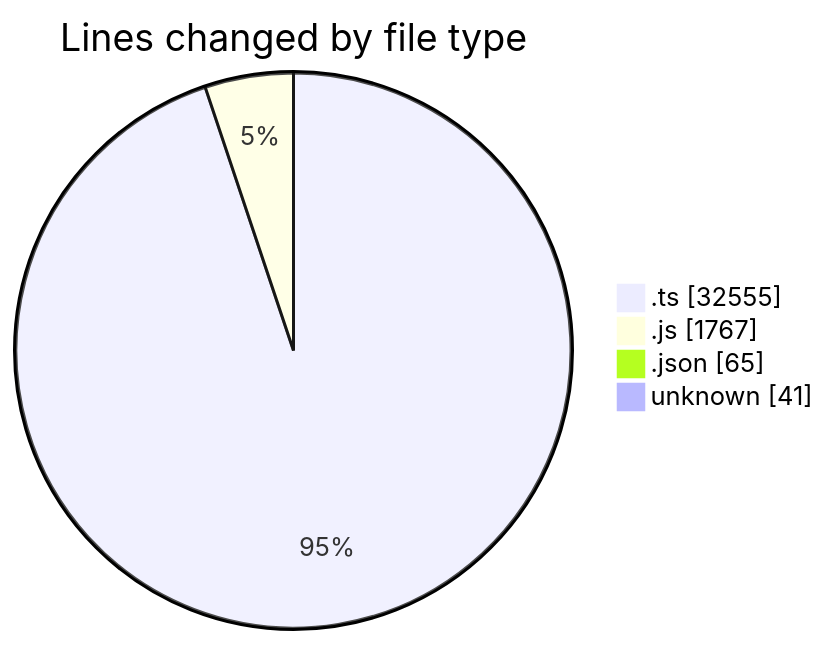
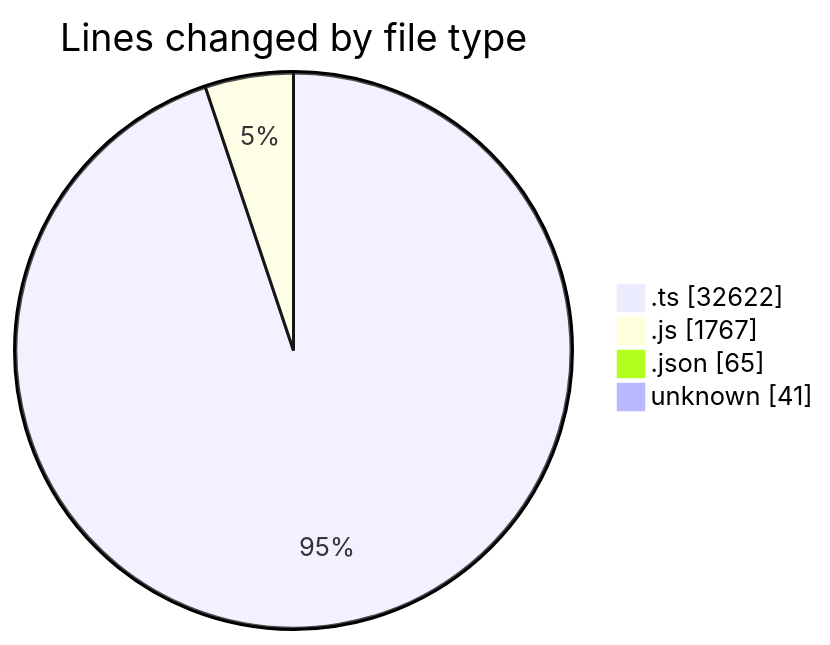
The first of 2 diagrams in 2025-07-31/cda/README.md (momahboobian/code-tracking), drawn with Mermaid before and after one commit. The commit also changed other lines of this file and 1 other file, not shown here.

````diff
--- a/2025-07-31/cda/README.md
+++ b/2025-07-31/cda/README.md
@@ -29,8 +30,8 @@
 ```mermaid
 pie showData
 title Lines changed by file type
-".ts" : 32555
+".ts" : 32622
 ".js" : 1767
 ".json" : 65
 "unknown" : 41
 ```
````
